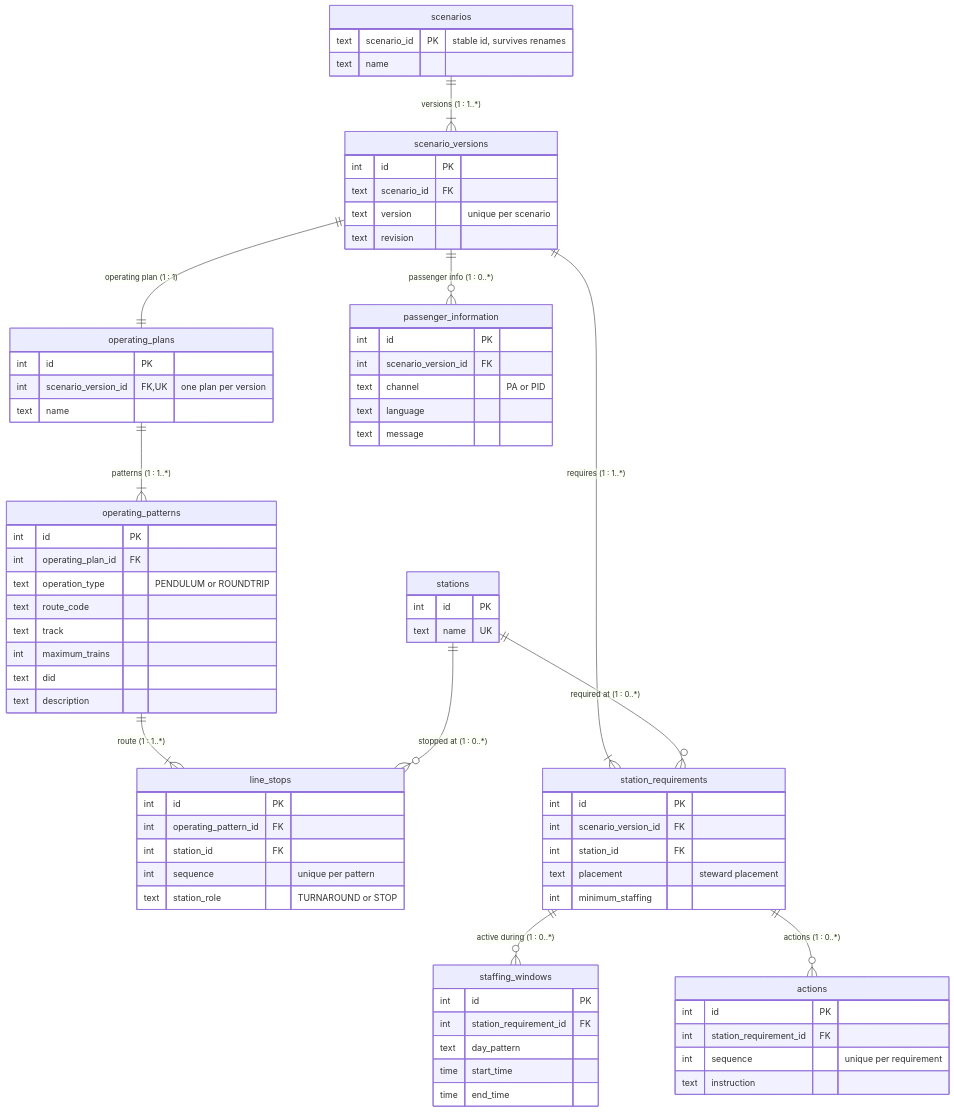
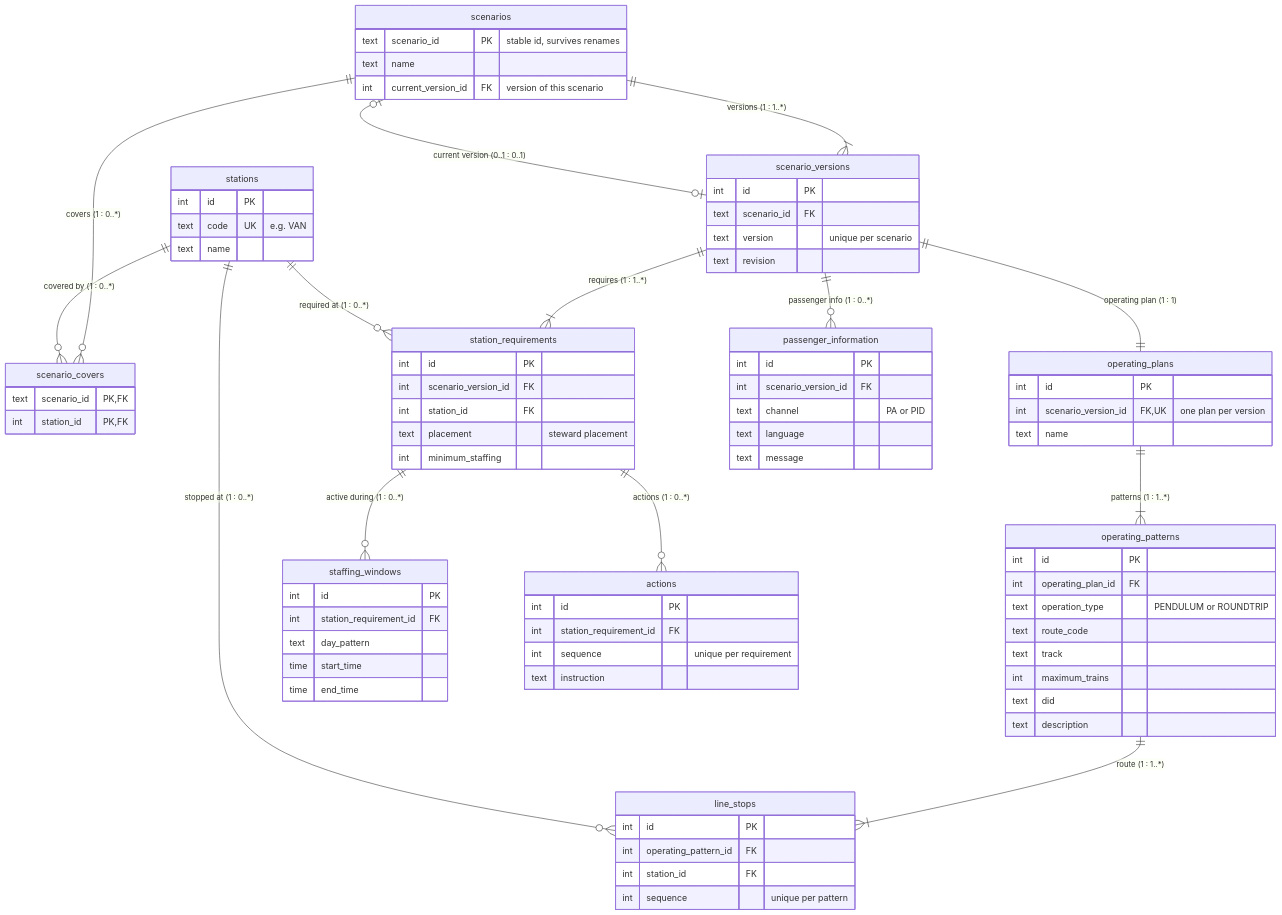
Before and after one commit to aau-cph-sw5/case-a-emergency-scenarios: the diagram in docs/diagrams/scenario-ER-diagram/metro_scenario_ER_diagram_documented.md, drawn with Mermaid. The commit also changed other lines of this file and 1 other file, not shown here.

First line of the commit message:
updated ER documentation and SQL schema based on review feedback

```diff
--- a/docs/diagrams/scenario-ER-diagram/metro_scenario_ER_diagram_documented.md
+++ b/docs/diagrams/scenario-ER-diagram/metro_scenario_ER_diagram_documented.md
@@ -15,6 +15,7 @@
     scenarios {
         text scenario_id PK "stable id, survives renames"
         text name
+        int current_version_id FK "version of this scenario"
     }
     scenario_versions {
         int id PK
@@ -24,7 +25,12 @@
     }
     stations {
         int id PK
-        text name UK
+        text code UK "e.g. VAN"
+        text name
+    }
+    scenario_covers {
+        text scenario_id PK, FK
+        int station_id PK, FK
     }
     operating_plans {
         int id PK
@@ -46,7 +52,6 @@
         int operating_pattern_id FK
         int station_id FK
         int sequence "unique per pattern"
-        text station_role "TURNAROUND or STOP"
     }
     station_requirements {
         int id PK
@@ -77,6 +82,9 @@
     }
 
     scenarios ||--|{ scenario_versions : "versions (1 : 1..*)"
+    scenarios |o--o| scenario_versions : "current version (0..1 : 0..1)"
+    scenarios ||--o{ scenario_covers : "covers (1 : 0..*)"
+    stations ||--o{ scenario_covers : "covered by (1 : 0..*)"
     scenario_versions ||--|| operating_plans : "operating plan (1 : 1)"
     operating_plans ||--|{ operating_patterns : "patterns (1 : 1..*)"
     operating_patterns ||--|{ line_stops : "route (1 : 1..*)"
```
